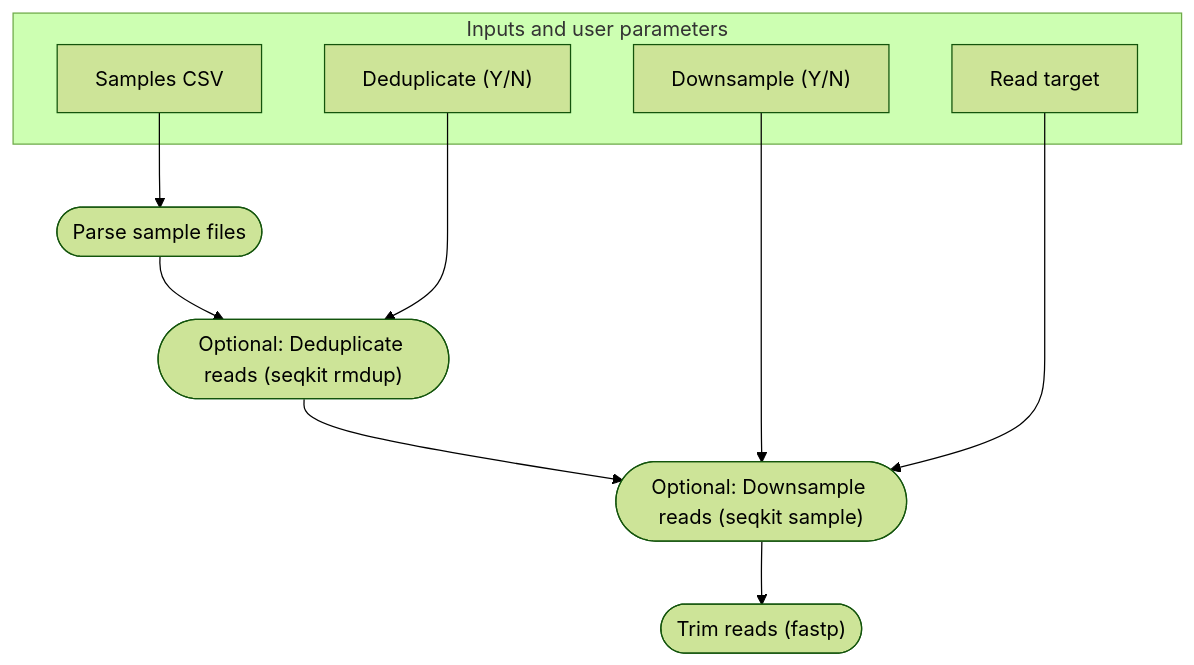
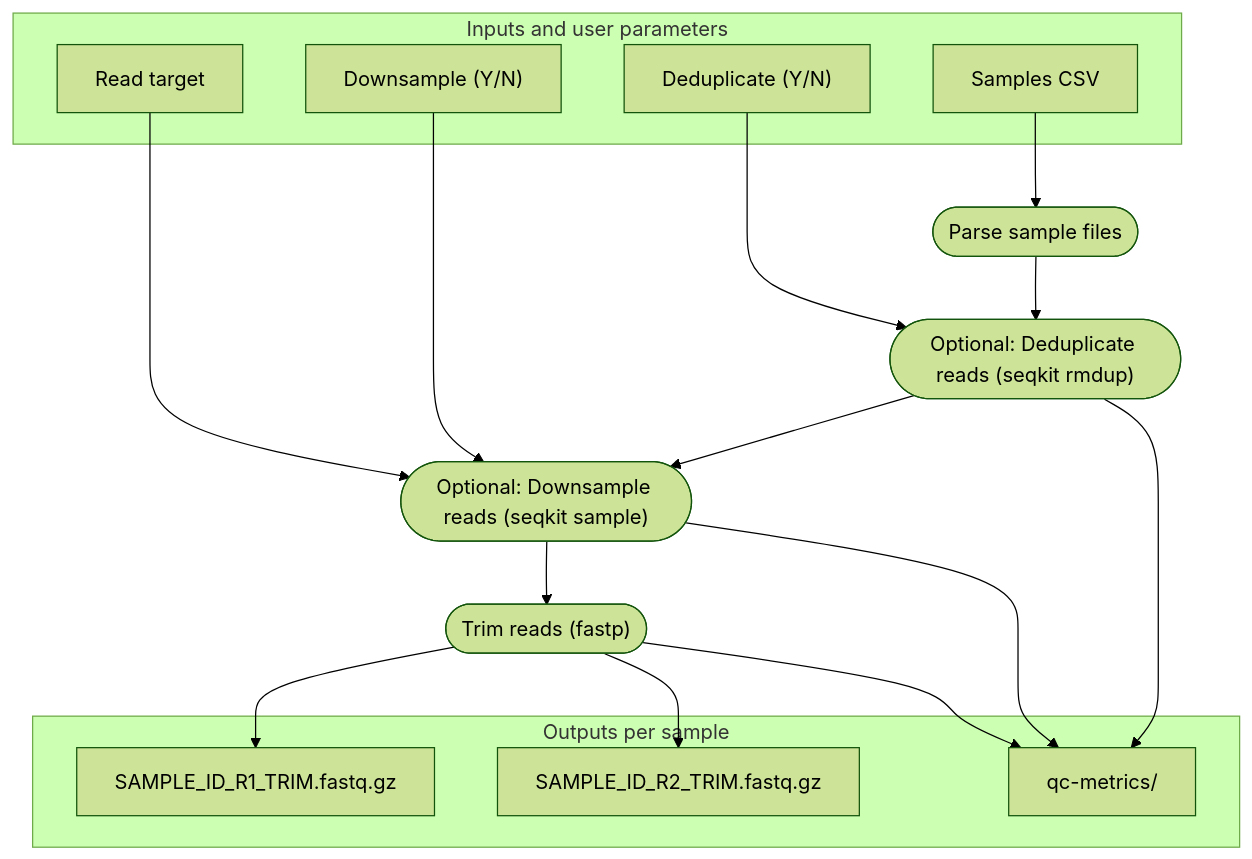
The first of 5 diagrams in README.md (EcoEvoGenomics/genotyping_pipeline), drawn with Mermaid (forest theme) before and after one commit. The commit also changed other lines of this file, not shown here.

Commit message:
README.md: Add outputs to all mermaid flowcharts

````diff
--- a/README.md
+++ b/README.md
@@ -72,20 +72,30 @@
 ```mermaid
 flowchart TB
    subgraph "Inputs and user parameters"
    v7["Downsample (Y/N)"]
    v4["Deduplicate (Y/N)"]
    v9["Read target"]
    v0["Samples CSV"]
    end
    v2(["Parse sample files"])
    v5(["Optional: Deduplicate reads (seqkit rmdup)"])
    v8(["Optional: Downsample reads (seqkit sample)"])
    v10(["Trim reads (fastp)"])
    v0 --> v2
    v2 --> v5
    v5 --> v8
    v8 --> v10
    v4 --> v5
    v7 --> v8
    v9 --> v8
+   v10 --> v11
+   v10 --> v12
+   v5 --> v13
+   v8 --> v13
+   v10 --> v13
+   subgraph "Outputs per sample"
+   v11["SAMPLE_ID_R1_TRIM.fastq.gz"]
+   v12["SAMPLE_ID_R2_TRIM.fastq.gz"]
+   v13["qc-metrics/"]
+   end
 ```
````
